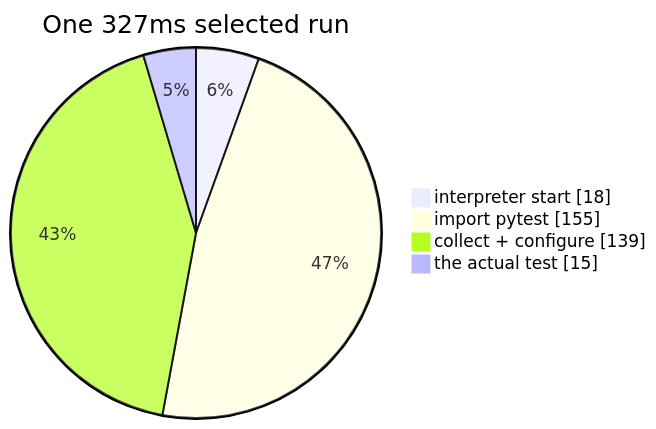
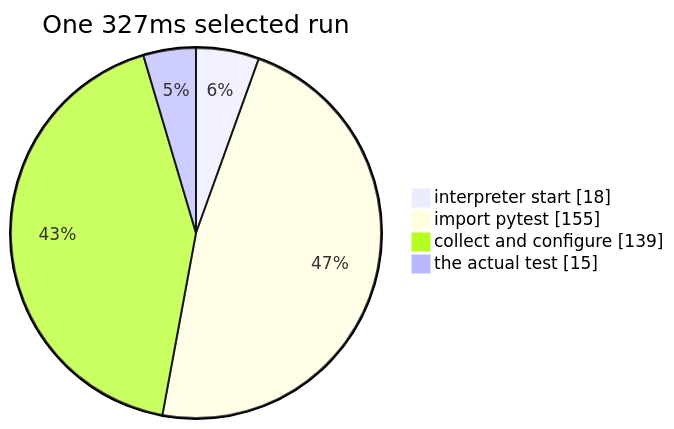
The diagram in docs/05-benchmarks.md (kvandeh/Angelo), drawn with Mermaid before and after one commit. The commit also changed other lines of this file and 26 other files, not shown here.

````diff
--- a/docs/05-benchmarks.md
+++ b/docs/05-benchmarks.md
@@ -36,8 +36,8 @@
 ```mermaid
 pie showData
     title One 327ms selected run
     "interpreter start" : 18
     "import pytest" : 155
-    "collect + configure" : 139
+    "collect and configure" : 139
     "the actual test" : 15
 ```
````
